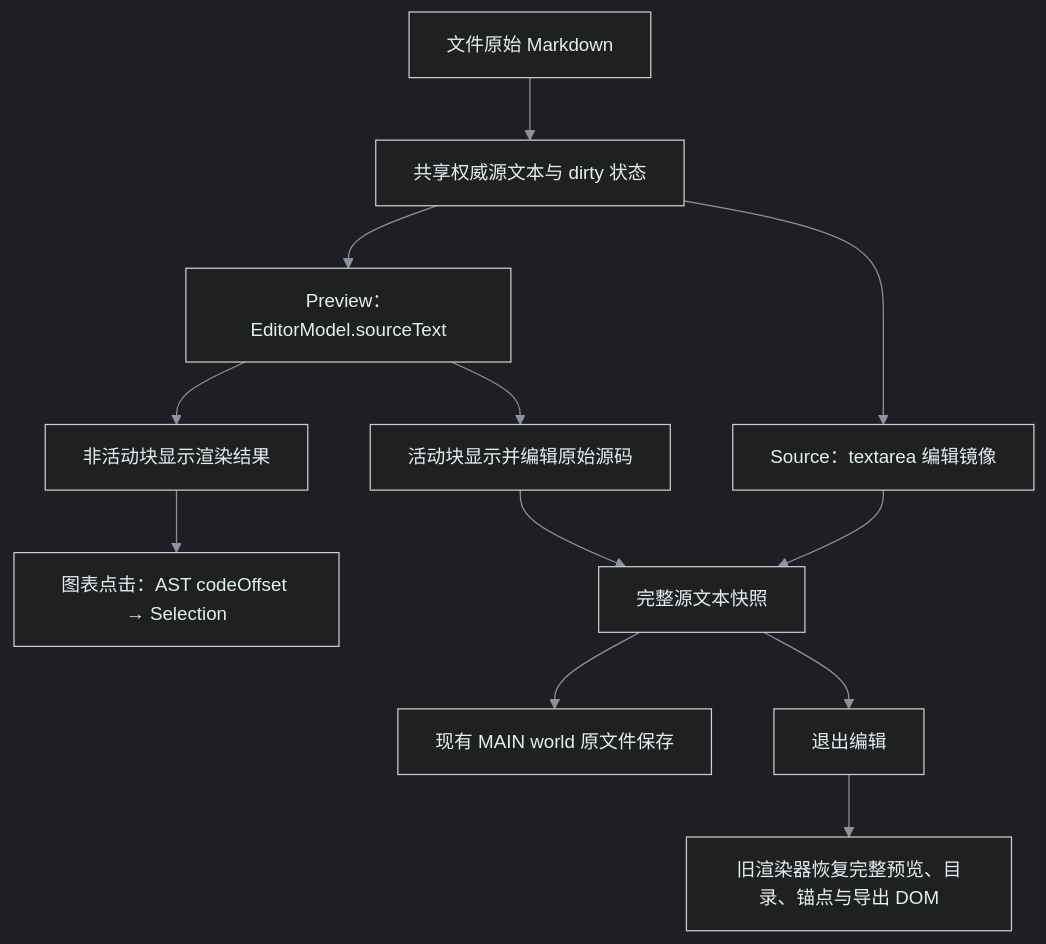
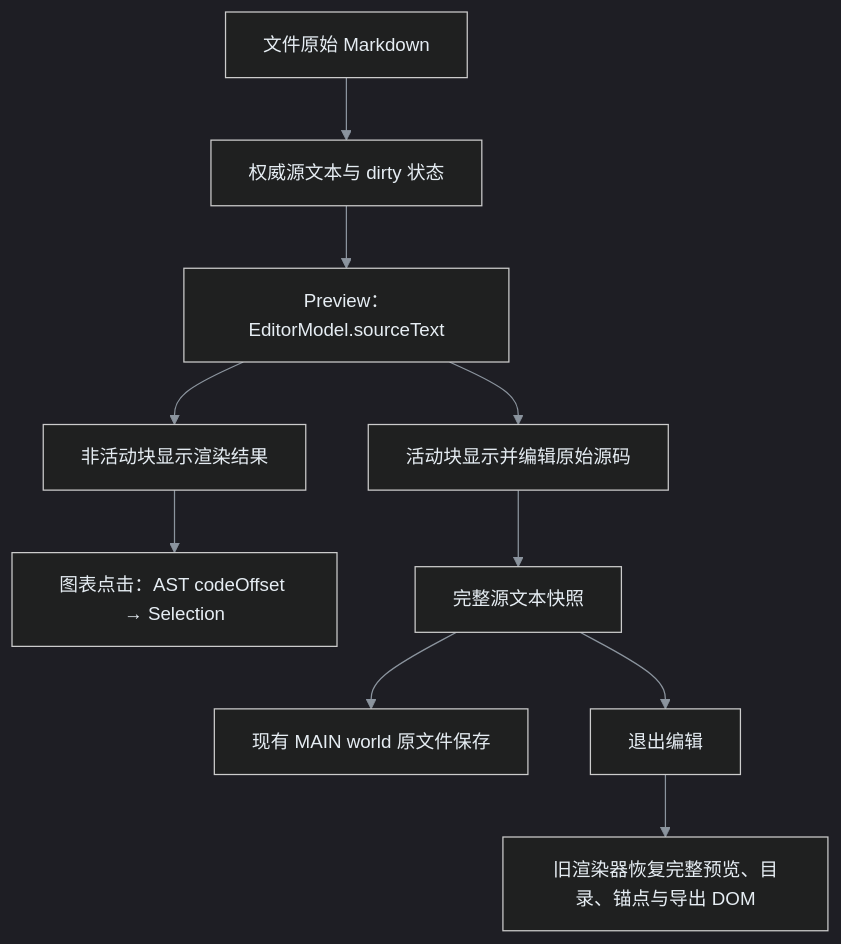
Before and after one commit to yeyangchen2009/markdown-viewer-extension: the first of 2 diagrams in chrome/docs/markdown-source-save.md, drawn with Mermaid. The commit also changed other lines of this file and 11 other files, not shown here.

````diff
--- a/chrome/docs/markdown-source-save.md
+++ b/chrome/docs/markdown-source-save.md
@@ -28,15 +28,13 @@
 ```mermaid
 %%{init: {'theme':'dark','themeVariables':{'background':'#0d1117','primaryColor':'#1f6feb','primaryTextColor':'#ffffff','primaryBorderColor':'#79c0ff','secondaryColor':'#21262d','tertiaryColor':'#30363d','lineColor':'#8b949e','textColor':'#e6edf3','clusterBkg':'#161b22','clusterBorder':'#58a6ff','edgeLabelBackground':'#21262d','fontSize':'15px'}}}%%
 flowchart TD
-  A["文件原始 Markdown"] --> B["共享权威源文本与 dirty 状态"]
+  A["文件原始 Markdown"] --> B["权威源文本与 dirty 状态"]
   B --> C["Preview：EditorModel.sourceText"]
-  B --> D["Source：textarea 编辑镜像"]
-  C --> E["非活动块显示渲染结果"]
-  C --> F["活动块显示并编辑原始源码"]
-  E --> G["图表点击：AST codeOffset → Selection"]
-  D --> H["完整源文本快照"]
-  F --> H
-  H --> I["现有 MAIN world 原文件保存"]
-  H --> J["退出编辑"]
-  J --> K["旧渲染器恢复完整预览、目录、锚点与导出 DOM"]
+  C --> D["非活动块显示渲染结果"]
+  C --> E["活动块显示并编辑原始源码"]
+  D --> F["图表点击：AST codeOffset → Selection"]
+  E --> G["完整源文本快照"]
+  G --> H["现有 MAIN world 原文件保存"]
+  G --> I["退出编辑"]
+  I --> J["旧渲染器恢复完整预览、目录、锚点与导出 DOM"]
 ```
````
